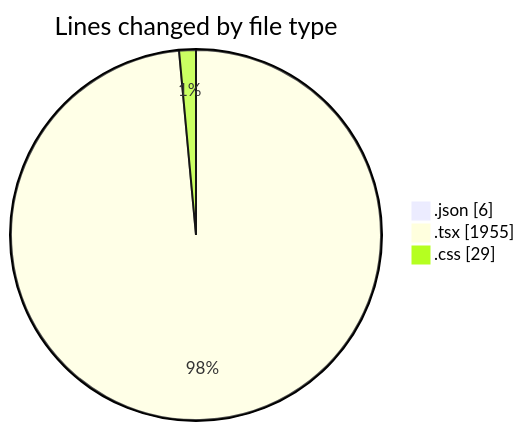
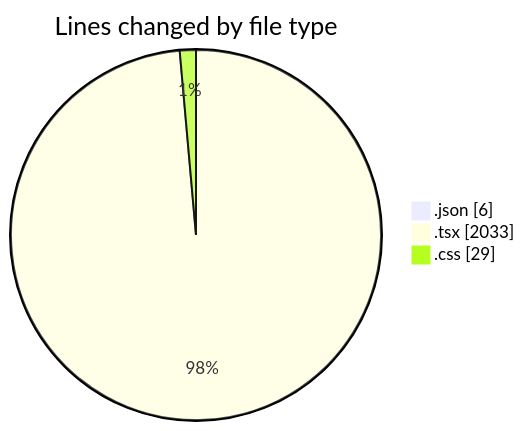
Before and after one commit to Elitesun/code-tracking: the first of 2 diagrams in 2025-04-07/sungpt/README.md, drawn with Mermaid. The commit also changed other lines of this file and 1 other file, not shown here.

````diff
--- a/2025-04-07/sungpt/README.md
+++ b/2025-04-07/sungpt/README.md
@@ -29,7 +29,7 @@
 ```mermaid
 pie showData
 title Lines changed by file type
 ".json" : 6
-".tsx" : 1955
+".tsx" : 2033
 ".css" : 29
 ```
````
